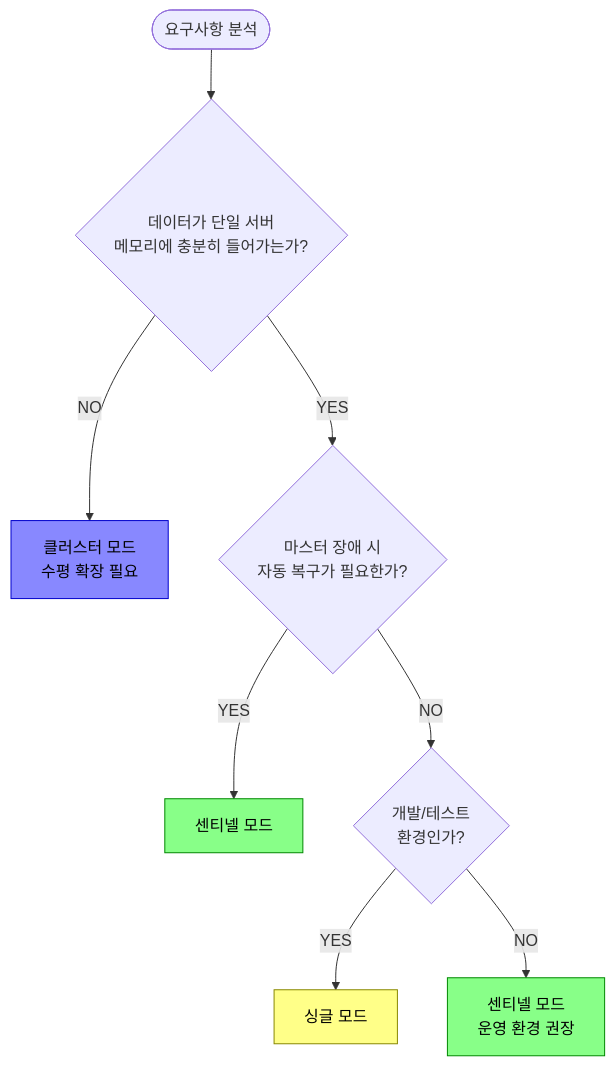
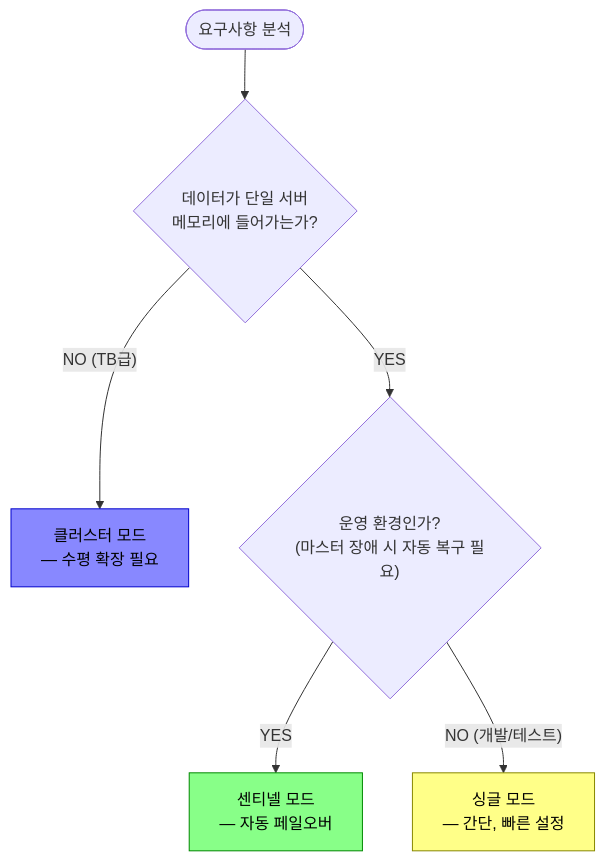
The sixth of 6 diagrams in _posts/redis/2026-05-01-redis-cluster-sentinel.md (yjkim2015/yjkim2015.github.io), drawn with Mermaid before and after one commit. The commit also changed other lines of this file and 122 other files, not shown here.

````diff
--- a/_posts/redis/2026-05-01-redis-cluster-sentinel.md
+++ b/_posts/redis/2026-05-01-redis-cluster-sentinel.md
@@ -662,14 +395,11 @@
 ```mermaid
 graph TD
-    START([요구사항 분석]) --> Q1{데이터가 단일 서버<br>메모리에 충분히 들어가는가?}
-    Q1 -->|NO| CLUSTER[클러스터 모드<br>수평 확장 필요]
-    Q1 -->|YES| Q2{마스터 장애 시<br>자동 복구가 필요한가?}
-    Q2 -->|YES| SENTINEL1[센티넬 모드]
-    Q2 -->|NO| Q3{개발/테스트<br>환경인가?}
-    Q3 -->|YES| SINGLE[싱글 모드]
-    Q3 -->|NO| SENTINEL2[센티넬 모드<br>운영 환경 권장]
+    START(["요구사항 분석"]) --> Q1{"데이터가 단일 서버<br>메모리에 들어가는가?"}
+    Q1 -->|"NO (TB급)"| CLUSTER["클러스터 모드<br>— 수평 확장 필요"]
+    Q1 -->|"YES"| Q2{"운영 환경인가?<br>(마스터 장애 시 자동 복구 필요)"}
+    Q2 -->|"YES"| SENTINEL["센티넬 모드<br>— 자동 페일오버"]
+    Q2 -->|"NO (개발/테스트)"| SINGLE["싱글 모드<br>— 간단, 빠른 설정"]
     style CLUSTER fill:#88f,stroke:#00c,color:#000
-    style SENTINEL1 fill:#8f8,stroke:#080,color:#000
-    style SENTINEL2 fill:#8f8,stroke:#080,color:#000
+    style SENTINEL fill:#8f8,stroke:#080,color:#000
     style SINGLE fill:#ff8,stroke:#880,color:#000
 ```
````
